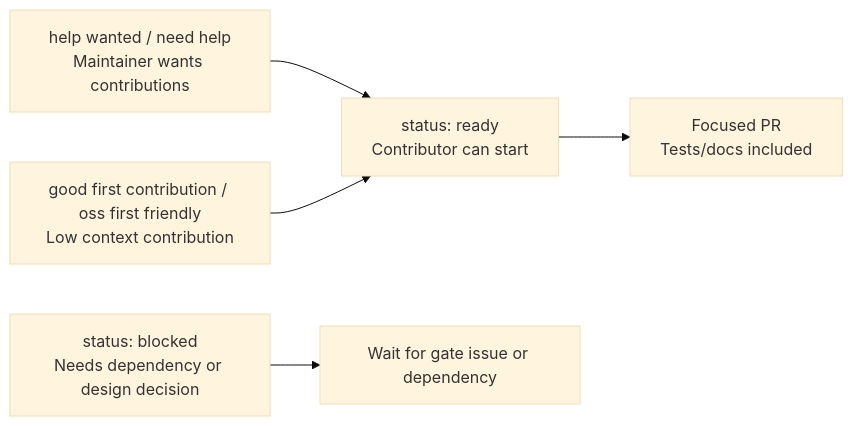
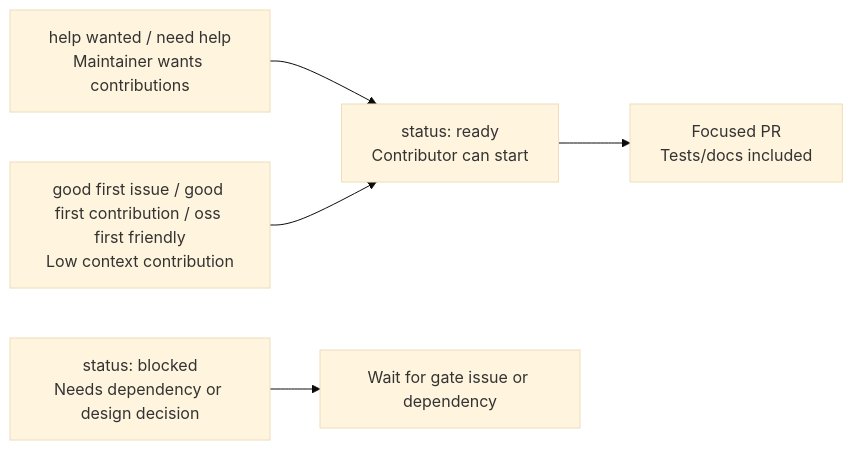
One commit to pr-cli/pr-maven-cli changed the fifth of 6 diagrams in docs/project-visual-map.md. Above: the diagram before and after it, drawn with Mermaid (base theme). The commit also changed other lines of this file and 2 other files, not shown here.

Commit message:
docs: keep first contribution labels

````diff
--- a/docs/project-visual-map.md
+++ b/docs/project-visual-map.md
@@ -148,7 +148,7 @@
 ```mermaid
 flowchart LR
     READY["status: ready\nContributor can start"] --> PR["Focused PR\nTests/docs included"]
     BLOCKED["status: blocked\nNeeds dependency or design decision"] --> GATE["Wait for gate issue or dependency"]
     HELP["help wanted / need help\nMaintainer wants contributions"] --> READY
-    FIRST["good first contribution / oss first friendly\nLow context contribution"] --> READY
+    FIRST["good first issue / good first contribution / oss first friendly\nLow context contribution"] --> READY
 ```
````
